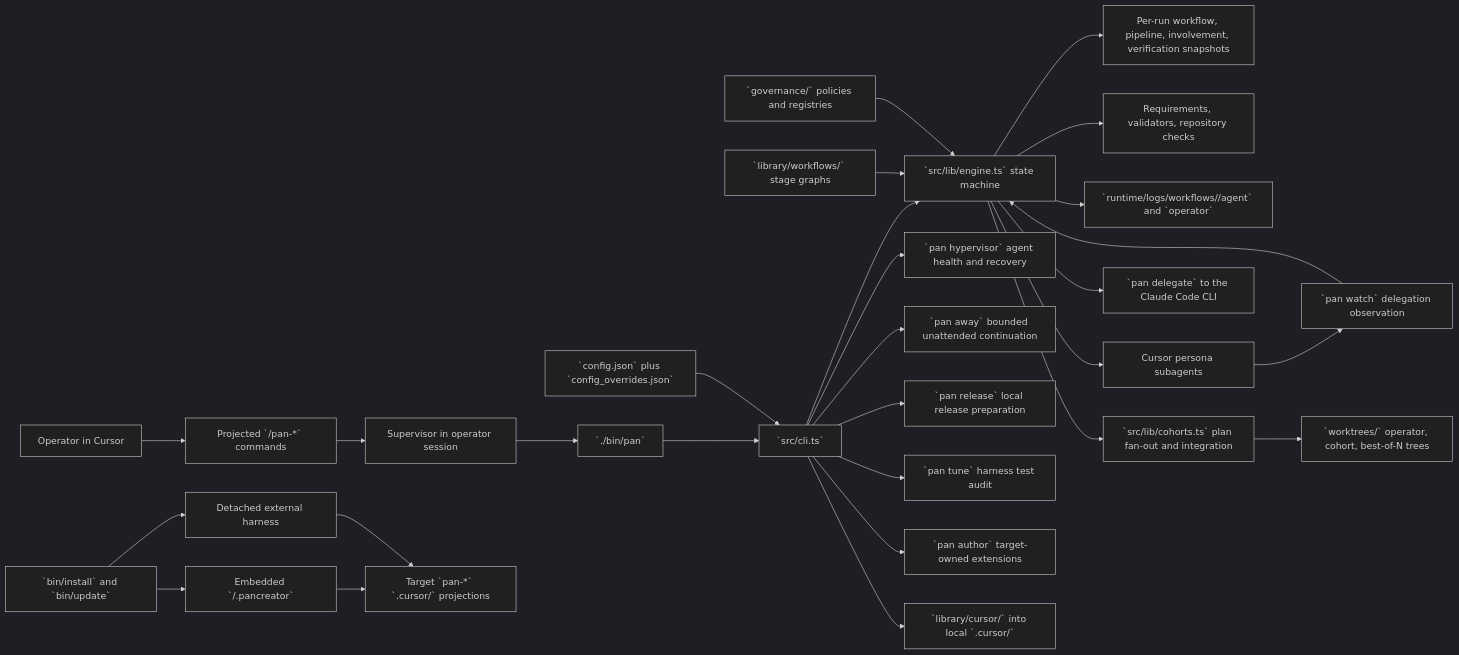
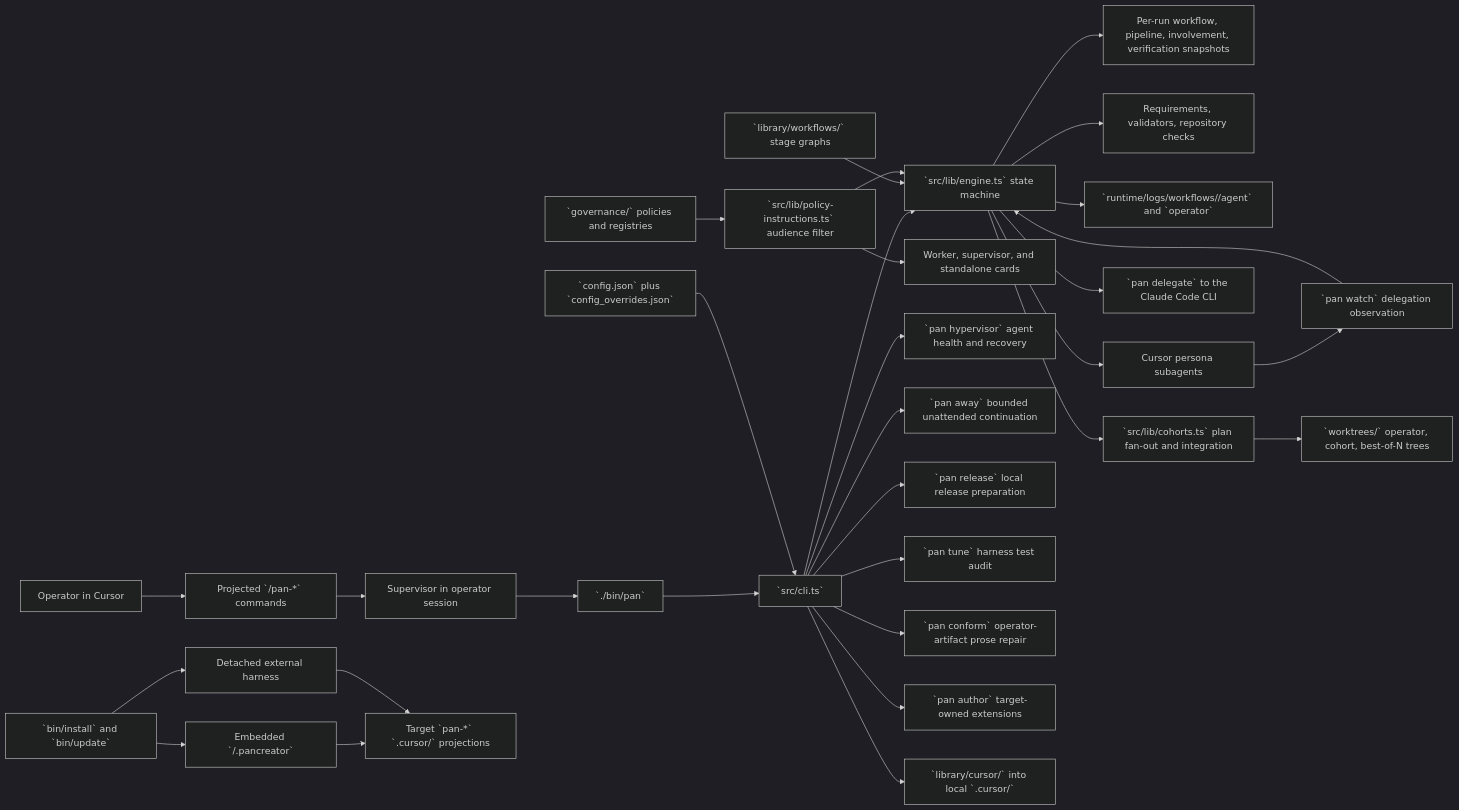
The diagram in docs/target-repo-primer.md (alenlukic/pancreator), drawn with Mermaid (dark theme) before and after one commit. The commit also changed other lines of this file, not shown here.

````diff
--- a/docs/target-repo-primer.md
+++ b/docs/target-repo-primer.md
@@ -74,30 +75,33 @@
 ```mermaid
 flowchart LR
   Operator[Operator in Cursor] --> Commands[Projected `/pan-*` commands]
   Commands --> Supervisor[Supervisor in operator session]
   Supervisor --> Pan[`./bin/pan`]
   Pan --> CLI[`src/cli.ts`]
   CLI --> Engine[`src/lib/engine.ts` state machine]
   Config[`config.json` plus `config_overrides.json`] --> CLI
   Workflows[`library/workflows/` stage graphs] --> Engine
-  Governance[`governance/` policies and registries] --> Engine
+  Governance[`governance/` policies and registries] --> Audience[`src/lib/policy-instructions.ts` audience filter]
+  Audience --> Engine
+  Audience --> Cards[Worker, supervisor, and standalone cards]
   Engine --> Snapshots[Per-run workflow, pipeline, involvement, verification snapshots]
   Engine --> Requirements[Requirements, validators, repository checks]
   Engine --> Runtime[`runtime/logs/workflows/<run-id>/agent` and `operator`]
   Engine --> CursorWorkers[Cursor persona subagents]
   Engine --> External[`pan delegate` to the Claude Code CLI]
   CursorWorkers --> Watch[`pan watch` delegation observation]
   Watch --> Engine
   Engine --> Cohorts[`src/lib/cohorts.ts` plan fan-out and integration]
   Cohorts --> Worktrees[`worktrees/` operator, cohort, best-of-N trees]
   CLI --> Hypervisor[`pan hypervisor` agent health and recovery]
   CLI --> Away[`pan away` bounded unattended continuation]
   CLI --> Release[`pan release` local release preparation]
   CLI --> Tune[`pan tune` harness test audit]
+  CLI --> Conform[`pan conform` operator-artifact prose repair]
   CLI --> Author[`pan author` target-owned extensions]
   CLI --> Projection[`library/cursor/` into local `.cursor/`]
   Installer[`bin/install` and `bin/update`] --> Embedded[Embedded `<target>/.pancreator`]
   Installer --> Detached[Detached external harness]
   Embedded --> TargetCursor[Target `pan-*` `.cursor/` projections]
   Detached --> TargetCursor
 ```
````
